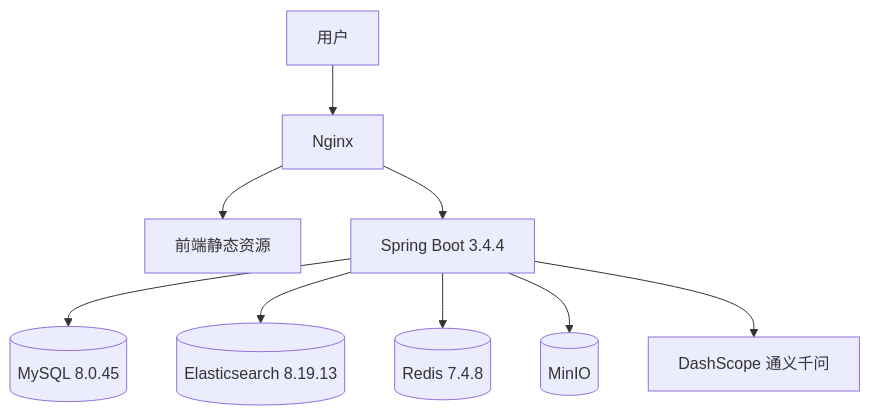
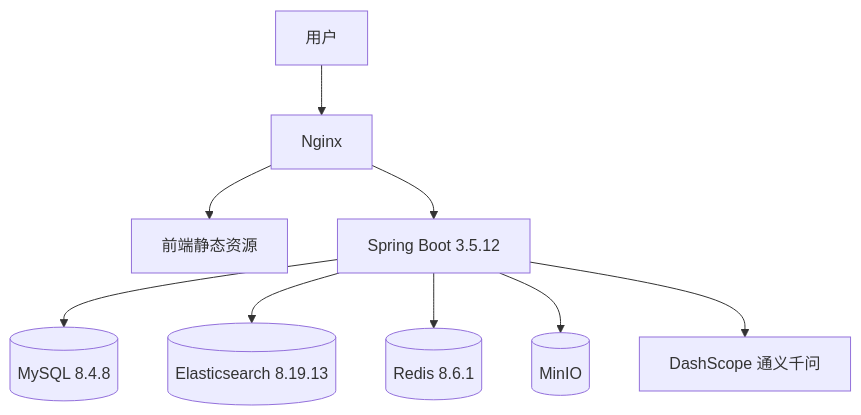
The diagram in tech-spec.md (QJH-0/01MyWeb), drawn with Mermaid before and after one commit. The commit also changed other lines of this file and 3 other files, not shown here.

````diff
--- a/tech-spec.md
+++ b/tech-spec.md
@@ -22,11 +22,11 @@
 ```mermaid
 flowchart TB
   User[用户] --> Nginx[Nginx]
   Nginx --> Static[前端静态资源]
-  Nginx --> Boot[Spring Boot 3.4.4]
-  Boot --> MySQL[(MySQL 8.0.45)]
+  Nginx --> Boot[Spring Boot 3.5.12]
+  Boot --> MySQL[(MySQL 8.4.8)]
   Boot --> ES[(Elasticsearch 8.19.13)]
-  Boot --> Redis[(Redis 7.4.8)]
+  Boot --> Redis[(Redis 8.6.1)]
   Boot --> MinIO[(MinIO)]
   Boot --> DashScope[DashScope 通义千问]
 ```
````
